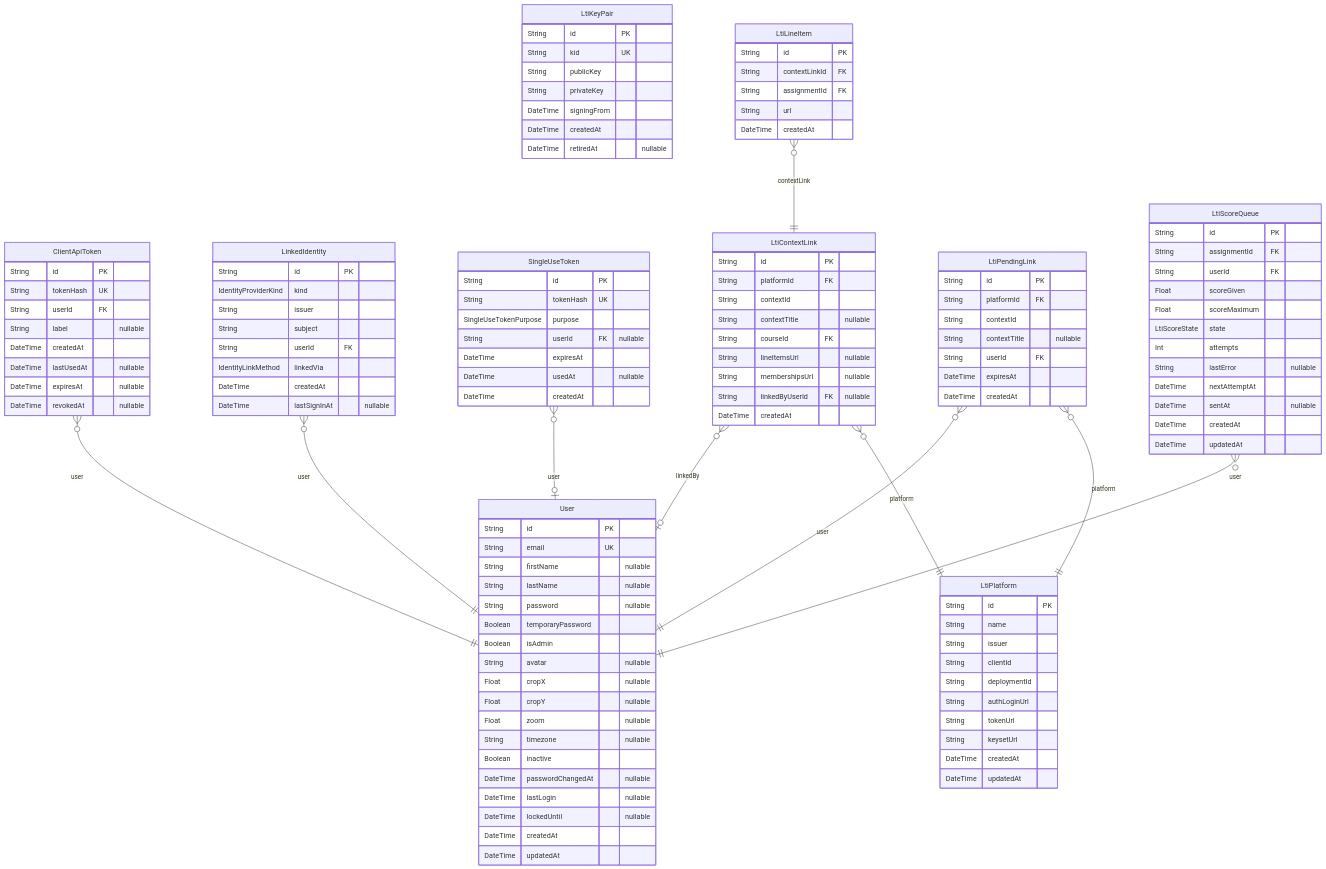
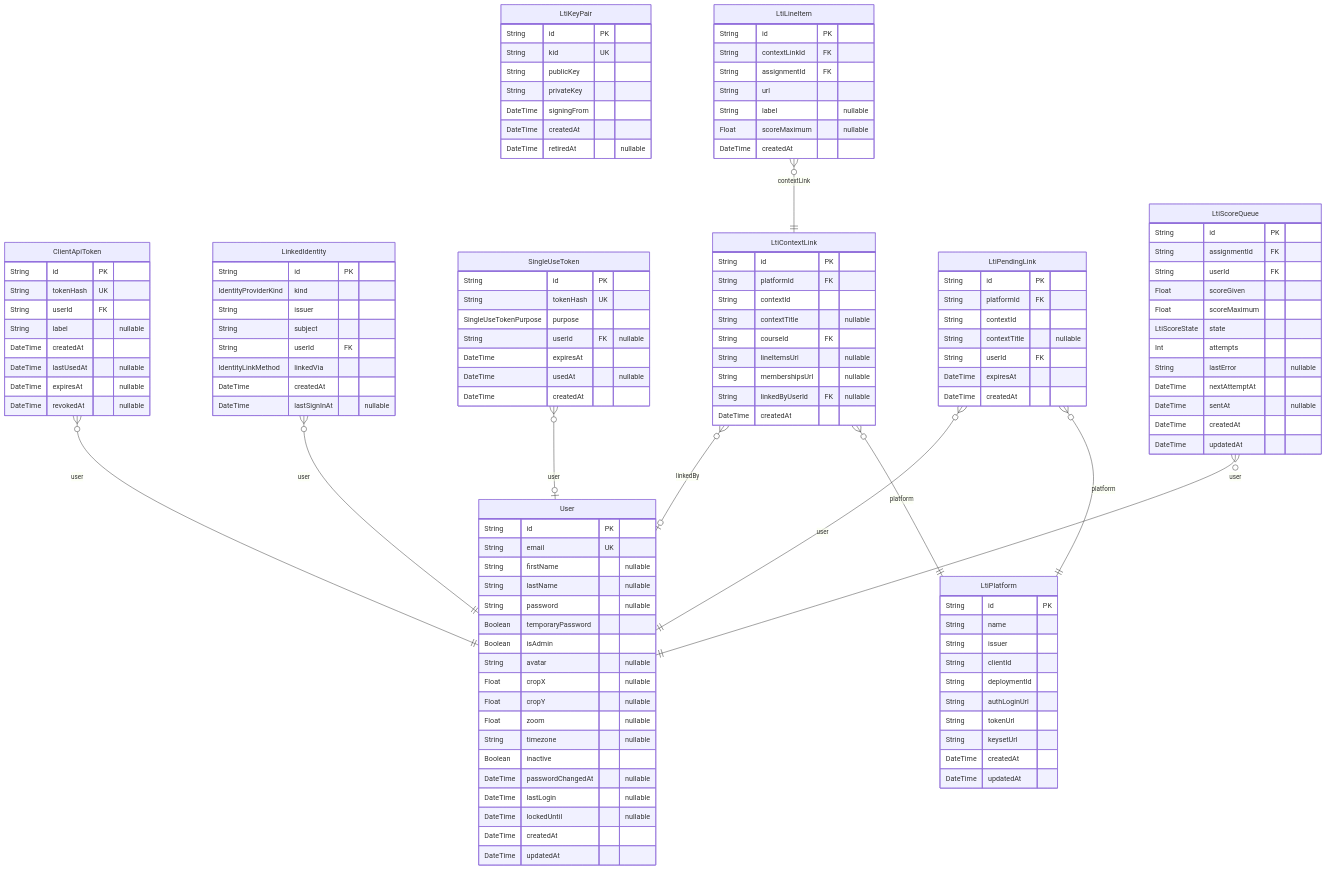
The first of 5 diagrams in docs-site/docs/reference/database-schema.md (PennStateCS/AFCT), drawn with Mermaid before and after one commit. The commit also changed other lines of this file and 14 other files, not shown here.

```diff
--- a/docs-site/docs/reference/database-schema.md
+++ b/docs-site/docs/reference/database-schema.md
@@ -107,6 +107,8 @@
   String contextLinkId FK
   String assignmentId FK
   String url
+  String label "nullable"
+  Float scoreMaximum "nullable"
   DateTime createdAt
 }
 "LtiScoreQueue" {
```
